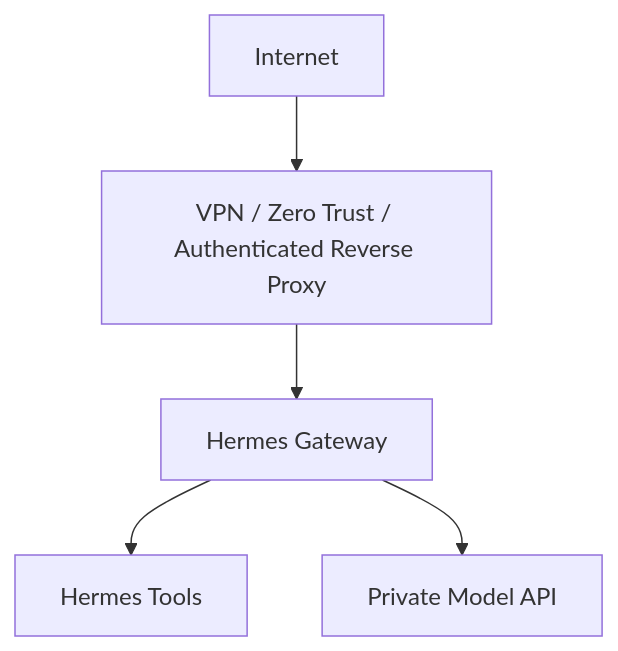
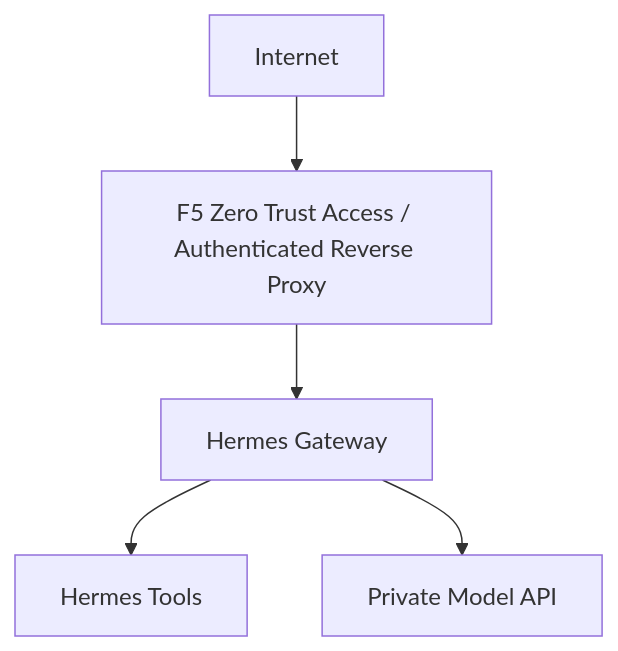
Before and after one commit to marlonfrank30/hermes-agent-lab: the tenth of 15 diagrams in README.md, drawn with Mermaid.

````diff
--- a/README.md
+++ b/README.md
@@ -361,13 +361,13 @@
 ```mermaid
 flowchart TB
     INTERNET[Internet]
-    EDGE[VPN / Zero Trust / Authenticated Reverse Proxy]
+    EDGE[ F5 Zero Trust Access / Authenticated Reverse Proxy]
     GW[Hermes Gateway]
     TOOLS[Hermes Tools]
     MODEL[Private Model API]
 
     INTERNET --> EDGE
     EDGE --> GW
     GW --> TOOLS
     GW --> MODEL
 ```
````
